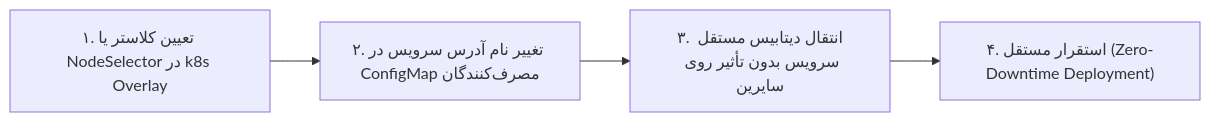
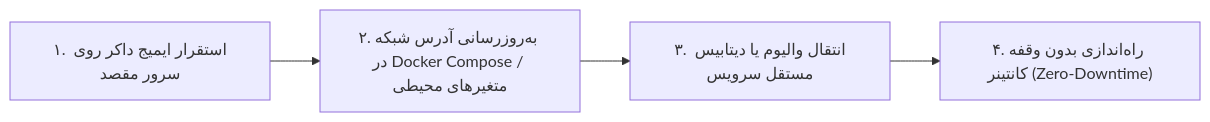
Before and after one commit to itstalentnet/dotdive: the diagram in docs/lemmo/03-backend/architecture.md, drawn with Mermaid. The commit also changed other lines of this file and 4 other files, not shown here.

Commit message:
feat(docs): update DevOps documentation to emphasize Docker-centric infrastructure and deployment strategies

````diff
--- a/docs/lemmo/03-backend/architecture.md
+++ b/docs/lemmo/03-backend/architecture.md
@@ -129,6 +126,6 @@
 ```mermaid
 flowchart LR
-    A["۱. تعیین کلاستر یا NodeSelector در k8s Overlay"] --> B["۲. تغییر نام آدرس سرویس در ConfigMap مصرف‌کنندگان"]
-    B --> C["۳. انتقال دیتابیس مستقل سرویس بدون تأثیر روی سایرین"]
-    C --> D["۴. استقرار مستقل (Zero-Downtime Deployment)"]
+    A["۱. استقرار ایمیج داکر روی سرور مقصد"] --> B["۲. به‌روزرسانی آدرس شبکه در Docker Compose / متغیرهای محیطی"]
+    B --> C["۳. انتقال والیوم یا دیتابیس مستقل سرویس"]
+    C --> D["۴. راه‌اندازی بدون وقفه کانتینر (Zero-Downtime)"]
 ```
````
